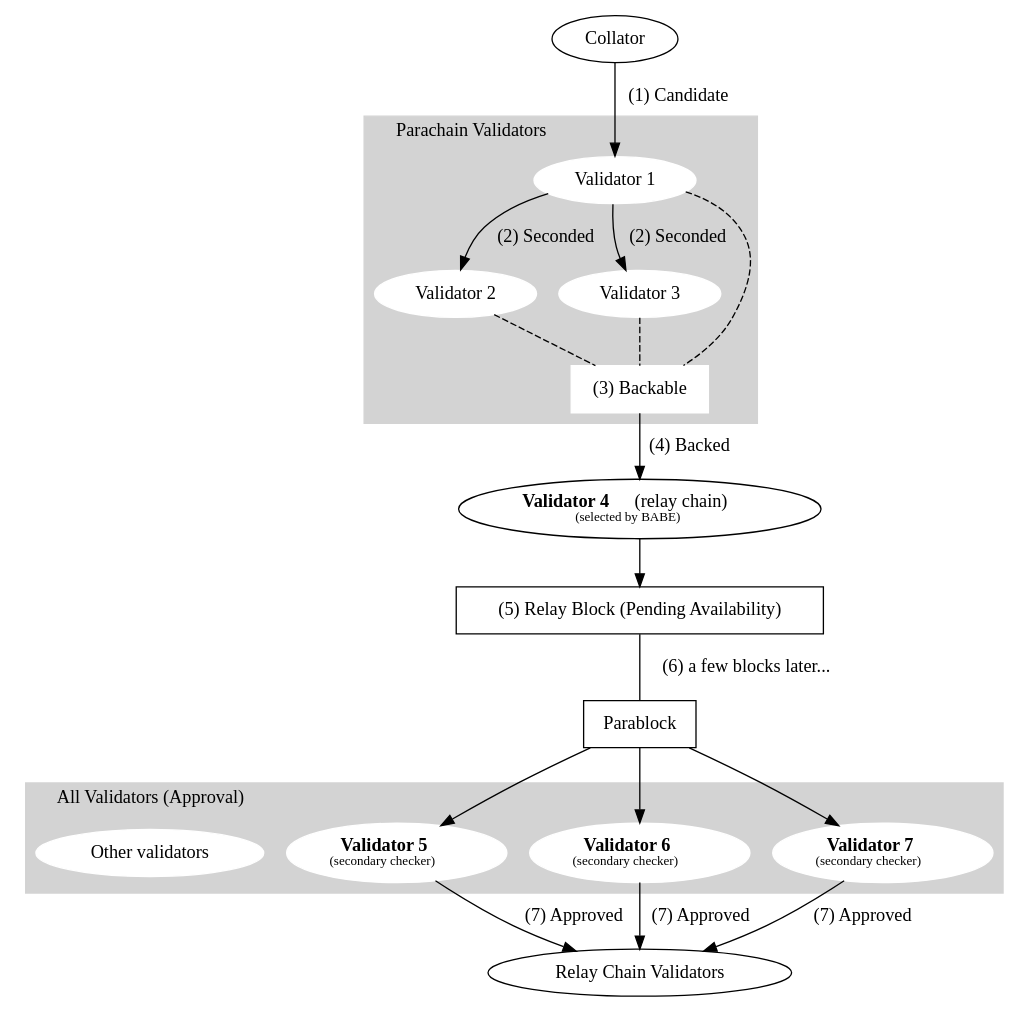
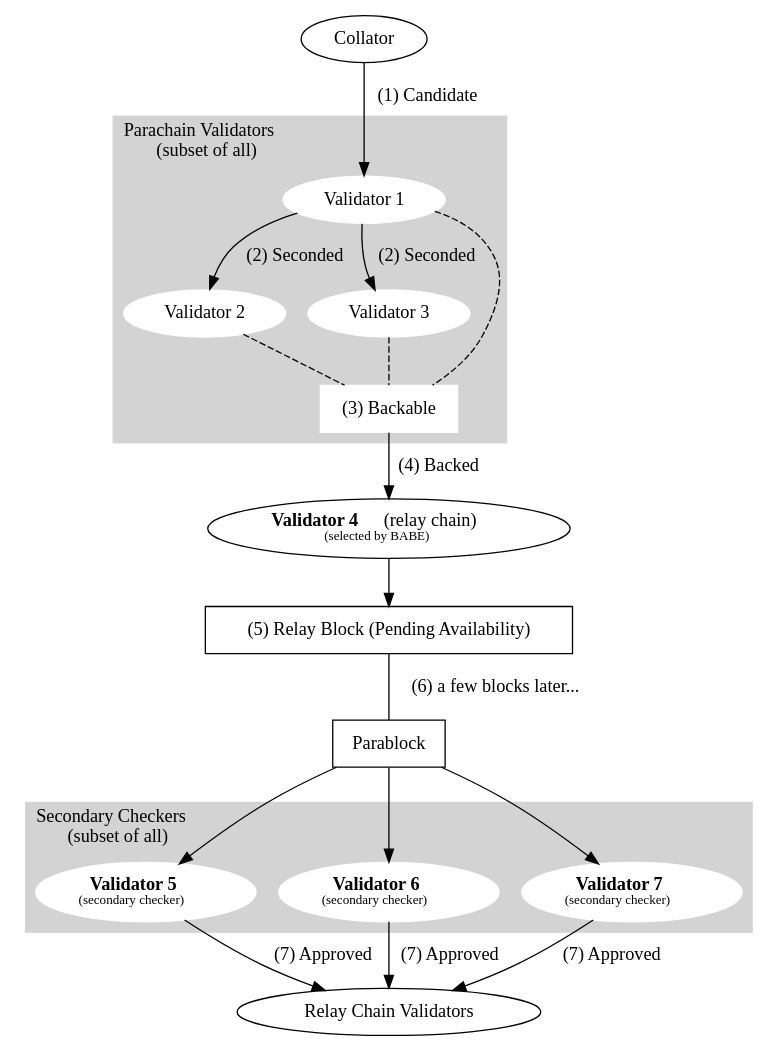
The first of 3 diagrams in roadmap/implementers-guide/src/parachains-overview.md (paritytech/polkadot), drawn with Graphviz before and after one commit.

Commit message:
guide: clarify that validator are selected from the same set

````diff
--- a/roadmap/implementers-guide/src/parachains-overview.md
+++ b/roadmap/implementers-guide/src/parachains-overview.md
@@ -59,7 +59,11 @@
 ```dot process Inclusion Pipeline
 digraph {
 	subgraph cluster_vg {
-		label="Parachain Validators"
+		label=<
+			Parachain Validators
+			<br/>
+			(subset of all)
+		>
 		labeljust=l
 		style=filled
 		color=lightgrey
@@ -77,7 +81,6 @@
 		v2 -> b [style=dashed arrowhead=none]
 		v3 -> b [style=dashed arrowhead=none]
 		v1 -> b [style=dashed arrowhead=none]
-
 	}
 
 	v4 [label=<
@@ -94,7 +97,11 @@
 	rc [label="Relay Chain Validators"]
 
 	subgraph cluster_approval {
-		label="All Validators (Approval)"
+		label=<
+			Secondary Checkers
+			<br/>
+			(subset of all)
+		>
 		labeljust=l
 		style=filled
 		color=lightgrey
@@ -121,8 +128,6 @@
 				(secondary checker)
 			</font>
 		>]
-		a8 [label="Other validators"]
-
 	}
 
 	b -> v4 [label="(4) Backed"]
````
